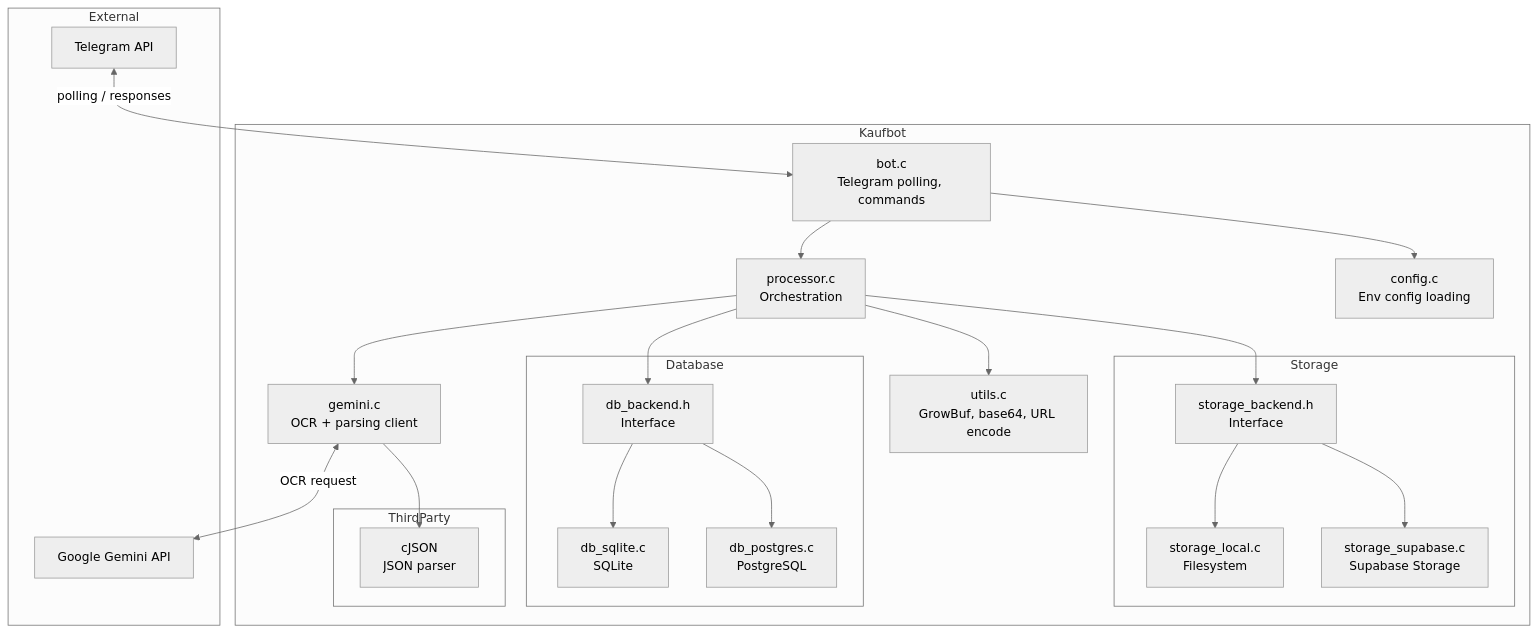
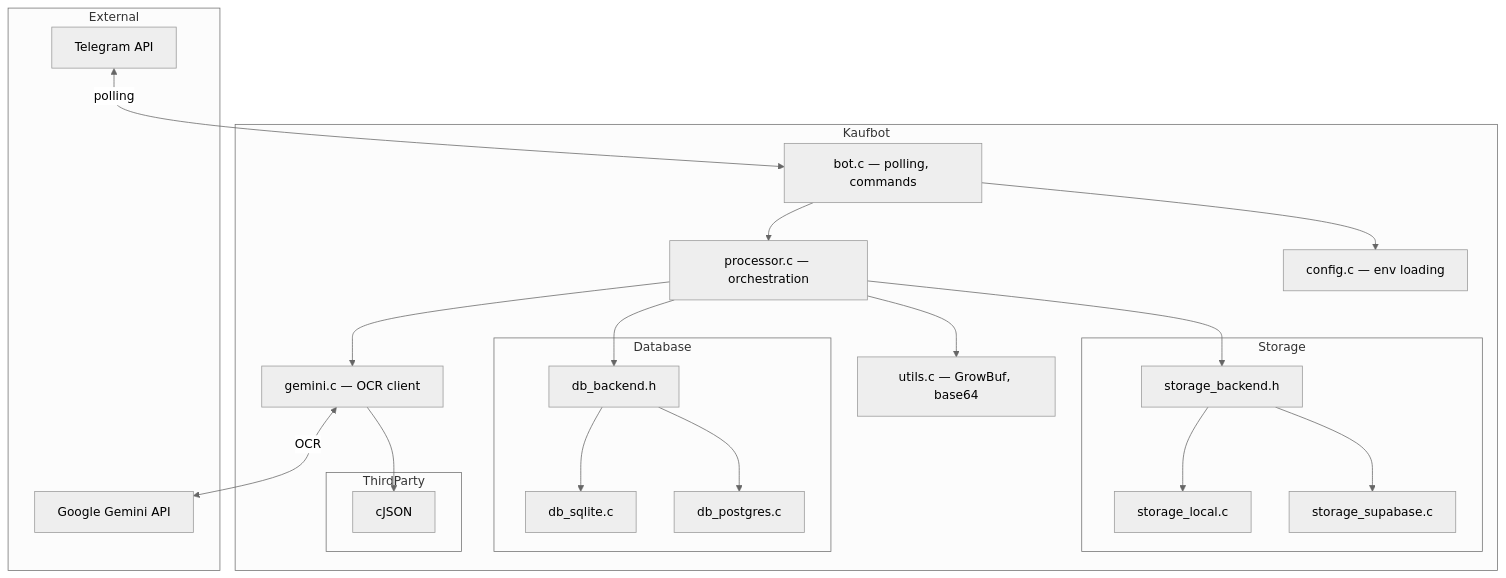
Before and after one commit to yfozekosh/kaufbot: the diagram in docs/components.md, drawn with Mermaid (neutral theme). The commit also changed 2 other files, not shown here.

Commit message:
fix: remove br tags from mermaid diagrams for GitHub compatibility

````diff
--- a/docs/components.md
+++ b/docs/components.md
@@ -3,45 +3,45 @@
 ```mermaid
 graph TB
     subgraph External
         TG[Telegram API]
         GM[Google Gemini API]
     end
 
     subgraph Kaufbot
-        BOT[bot.c<br/>Telegram polling, commands]
-        PROC[processor.c<br/>Orchestration]
-        GEM[gemini.c<br/>OCR + parsing client]
-        CFG[config.c<br/>Env config loading]
-        UTIL[utils.c<br/>GrowBuf, base64, URL encode]
+        BOT["bot.c — polling, commands"]
+        PROC["processor.c — orchestration"]
+        GEM["gemini.c — OCR client"]
+        CFG["config.c — env loading"]
+        UTIL["utils.c — GrowBuf, base64"]
 
         subgraph Storage
-            SL[storage_local.c<br/>Filesystem]
-            SS[storage_supabase.c<br/>Supabase Storage]
-            SIFACE[storage_backend.h<br/>Interface]
+            SL["storage_local.c"]
+            SS["storage_supabase.c"]
+            SIFACE["storage_backend.h"]
         end
 
         subgraph Database
-            DBS[db_sqlite.c<br/>SQLite]
-            DBP[db_postgres.c<br/>PostgreSQL]
-            DIFACE[db_backend.h<br/>Interface]
+            DBS["db_sqlite.c"]
+            DBP["db_postgres.c"]
+            DIFACE["db_backend.h"]
         end
 
         subgraph ThirdParty
-            CJ[cJSON<br/>JSON parser]
+            CJ["cJSON"]
         end
     end
 
-    TG <-->|polling / responses| BOT
+    TG <-->|polling| BOT
     BOT --> PROC
     PROC --> GEM
-    GEM <-->|OCR request| GM
+    GEM <-->|OCR| GM
     PROC --> SIFACE
     PROC --> DIFACE
     SIFACE --> SL
     SIFACE --> SS
     DIFACE --> DBS
     DIFACE --> DBP
     GEM --> CJ
     BOT --> CFG
     PROC --> UTIL
 ```
````
